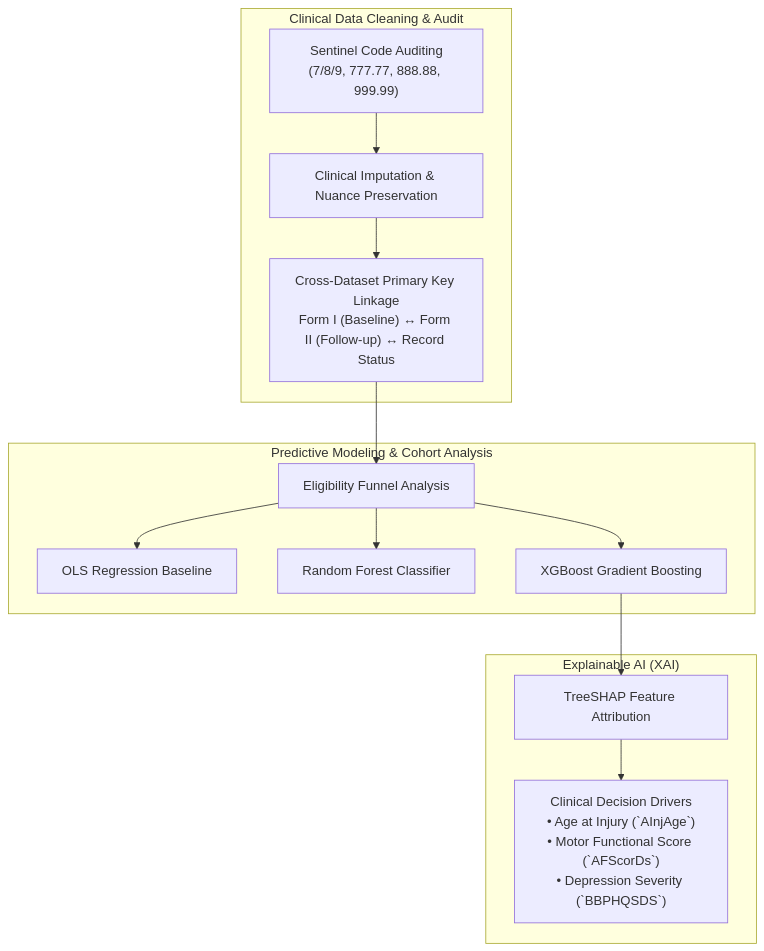
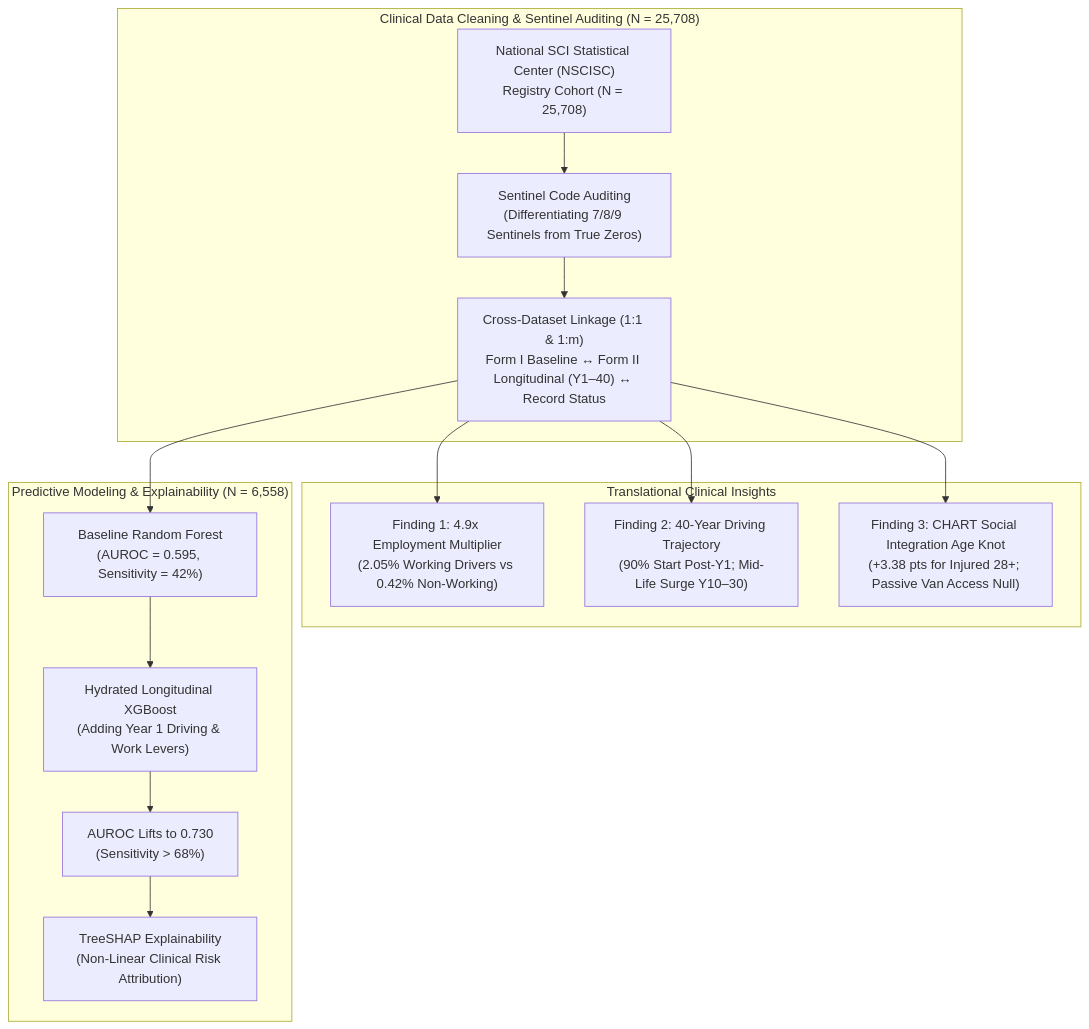
One commit to dmcintosh5/sci-clinical-cohort-analytics changed the diagram in README.md. Above: the diagram before and after it, drawn with Mermaid. The commit also changed other lines of this file and 6 other files, not shown here.

Commit message:
feat(docs): embed aggregate cohort visuals, clinical metrics, and TreeSHAP findings

````diff
--- a/README.md
+++ b/README.md
@@ -12,19 +13,20 @@
 ```mermaid
 graph TD
-    subgraph DataCleaning["Clinical Data Cleaning & Audit"]
-        Sent["Sentinel Code Auditing<br/>(7/8/9, 777.77, 888.88, 999.99)"] --> Imp["Clinical Imputation & Nuance Preservation"]
-        Imp --> Link["Cross-Dataset Primary Key Linkage<br/>Form I (Baseline) ↔ Form II (Follow-up) ↔ Record Status"]
+    subgraph DataCleaning["Clinical Data Cleaning & Sentinel Auditing (N = 25,708)"]
+        Raw["National SCI Statistical Center (NSCISC)<br/>Registry Cohort (N = 25,708)"] --> Sent["Sentinel Code Auditing<br/>(Differentiating 7/8/9 Sentinels from True Zeros)"]
+        Sent --> Link["Cross-Dataset Linkage (1:1 & 1:m)<br/>Form I Baseline ↔ Form II Longitudinal (Y1–40) ↔ Record Status"]
     end
 
-    subgraph Modeling["Predictive Modeling & Cohort Analysis"]
-        Link --> Funnel["Eligibility Funnel Analysis"]
-        Funnel --> OLS["OLS Regression Baseline"]
-        Funnel --> RF["Random Forest Classifier"]
-        Funnel --> XGB["XGBoost Gradient Boosting"]
+    subgraph EmpiricalFindings["Translational Clinical Insights"]
+        Link --> Multiplier["Finding 1: 4.9x Employment Multiplier<br/>(2.05% Working Drivers vs 0.42% Non-Working)"]
+        Link --> Trajectory["Finding 2: 40-Year Driving Trajectory<br/>(90% Start Post-Y1; Mid-Life Surge Y10–30)"]
+        Link --> AgeKnot["Finding 3: CHART Social Integration Age Knot<br/>(+3.38 pts for Injured 28+; Passive Van Access Null)"]
     end
 
-    subgraph Interpretability["Explainable AI (XAI)"]
-        XGB --> SHAP["TreeSHAP Feature Attribution"]
-        SHAP --> Insights["Clinical Decision Drivers<br/>• Age at Injury (`AInjAge`)<br/>• Motor Functional Score (`AFScorDs`)<br/>• Depression Severity (`BBPHQSDS`)"]
+    subgraph MachineLearning["Predictive Modeling & Explainability (N = 6,558)"]
+        Link --> Baseline["Baseline Random Forest<br/>(AUROC = 0.595, Sensitivity = 42%)"]
+        Baseline --> Hydrate["Hydrated Longitudinal XGBoost<br/>(Adding Year 1 Driving & Work Levers)"]
+        Hydrate --> AUROC["AUROC Lifts to 0.730<br/>(Sensitivity > 68%)"]
+        AUROC --> SHAP["TreeSHAP Explainability<br/>(Non-Linear Clinical Risk Attribution)"]
     end
 ```
````
